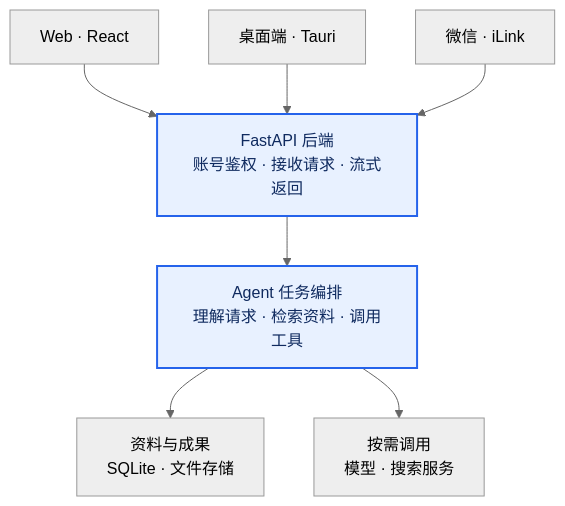
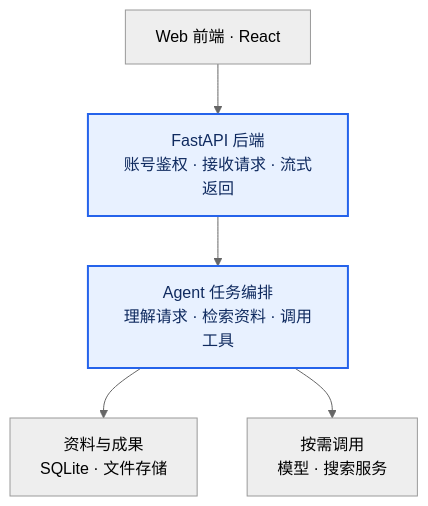
The diagram in README.md (Xiaolang-d3/TuanTuan), drawn with Mermaid (neutral theme) before and after one commit. The commit also changed other lines of this file, not shown here.

Commit message:
docs(readme): 架构图仅展示 Web 入口

````diff
--- a/README.md
+++ b/README.md
@@ -18,14 +18,12 @@
 ```mermaid
 flowchart TB
-    Web["Web · React"] --> Backend
-    Desktop["桌面端 · Tauri"] --> Backend
-    WeChat["微信 · iLink"] --> Backend
+    Web["Web 前端 · React"] --> Backend
 
     Backend["FastAPI 后端<br/>账号鉴权 · 接收请求 · 流式返回"] --> Agent
     Agent["Agent 任务编排<br/>理解请求 · 检索资料 · 调用工具"]
     Agent --> Data["资料与成果<br/>SQLite · 文件存储"]
     Agent --> Services["按需调用<br/>模型 · 搜索服务"]
 
     classDef core fill:#E8F1FF,stroke:#2563EB,color:#0F2A5F,stroke-width:2px
     class Backend,Agent core
 ```
````
